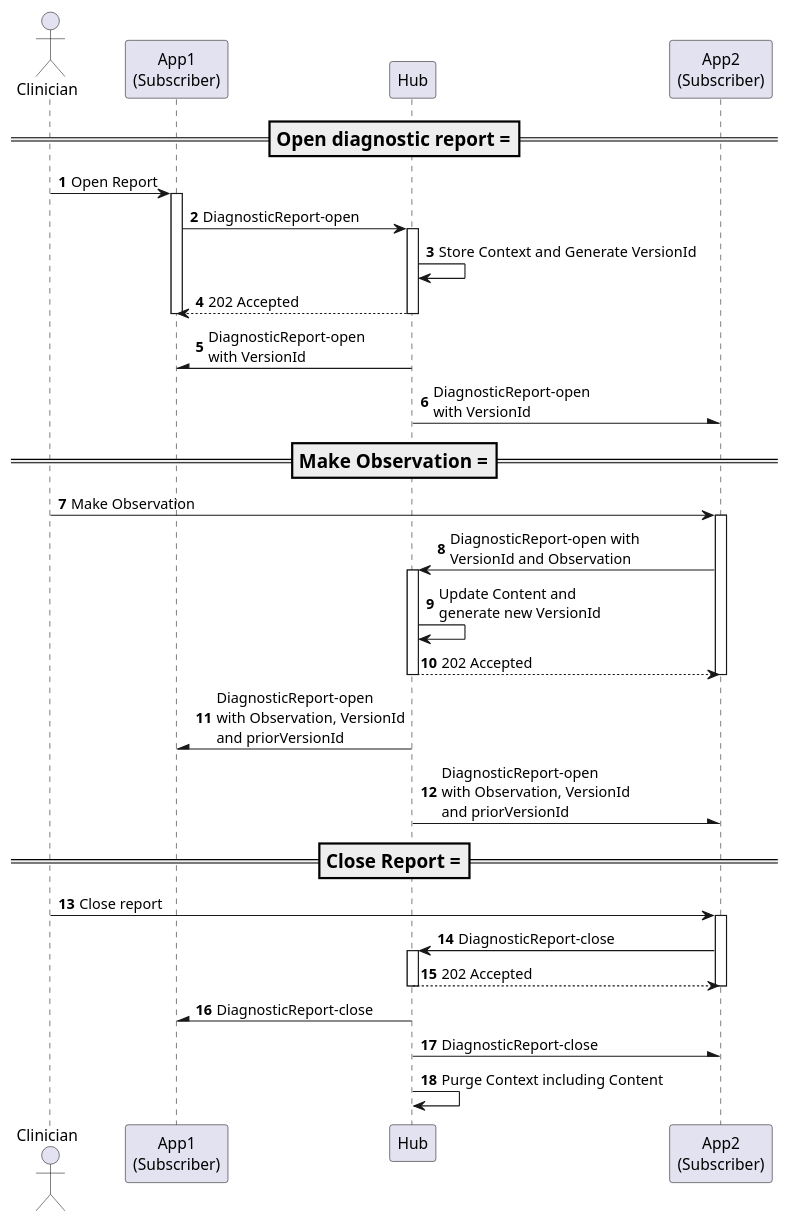
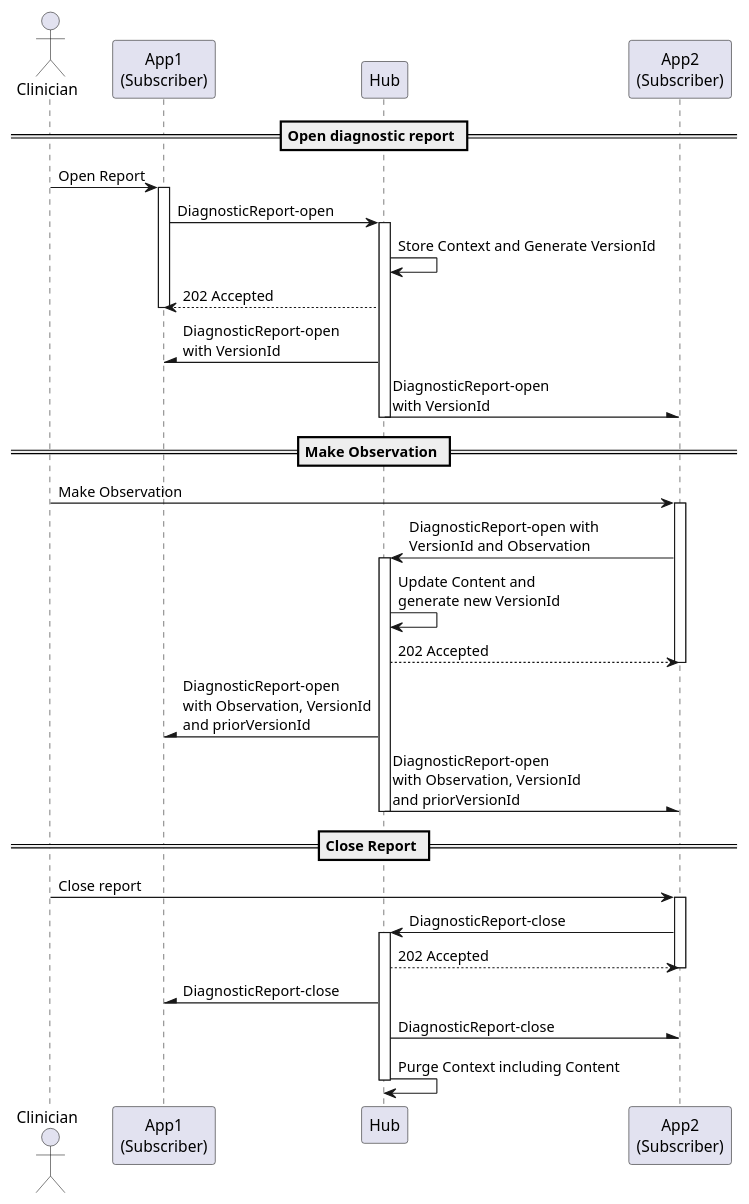
One commit to HL7/fhircast-docs changed the diagram in input/images-source/ContentExchangeBasic.plantuml. Above: the diagram before and after it, drawn with PlantUML. The commit also changed 1 other file, not shown here.

```diff
--- a/input/images-source/ContentExchangeBasic.plantuml
+++ b/input/images-source/ContentExchangeBasic.plantuml
@@ -1,42 +1,44 @@
 @startuml
-autonumber
 
 actor Clinician
 participant "App1\n(Subscriber)" as App1
 participant Hub
 participant "App2\n(Subscriber)" as App2
 
-=== Open diagnostic report ===
+== Open diagnostic report ==
 
 Clinician -> App1: Open Report
 activate App1
 App1 -> Hub++: DiagnosticReport-open
 Hub -> Hub: Store Context and Generate VersionId
-App1 <-- Hub--: 202 Accepted
+App1 <-- Hub: 202 Accepted
 deactivate App1
 
 Hub -\ App1: DiagnosticReport-open\nwith VersionId
 Hub -\ App2: DiagnosticReport-open\nwith VersionId
+deactivate Hub
 
-=== Make Observation ===
+== Make Observation ==
 
 Clinician -> App2: Make Observation
 activate App2
 App2 -> Hub++: DiagnosticReport-open with\nVersionId and Observation
 Hub -> Hub: Update Content and\ngenerate new VersionId
-App2 <-- Hub--: 202 Accepted
+App2 <-- Hub: 202 Accepted
 deactivate App2
 Hub -\ App1: DiagnosticReport-open\nwith Observation, VersionId\nand priorVersionId
 Hub -\ App2: DiagnosticReport-open\nwith Observation, VersionId\nand priorVersionId
+deactivate Hub
 
-=== Close Report ===
+== Close Report ==
 Clinician -> App2: Close report
 activate App2
 App2 -> Hub++: DiagnosticReport-close
-App2 <-- Hub--: 202 Accepted
+App2 <-- Hub: 202 Accepted
 deactivate App2
 Hub -\ App1: DiagnosticReport-close
 Hub -\ App2: DiagnosticReport-close
 Hub -> Hub: Purge Context including Content
+deactivate Hub
 
 @enduml
```
